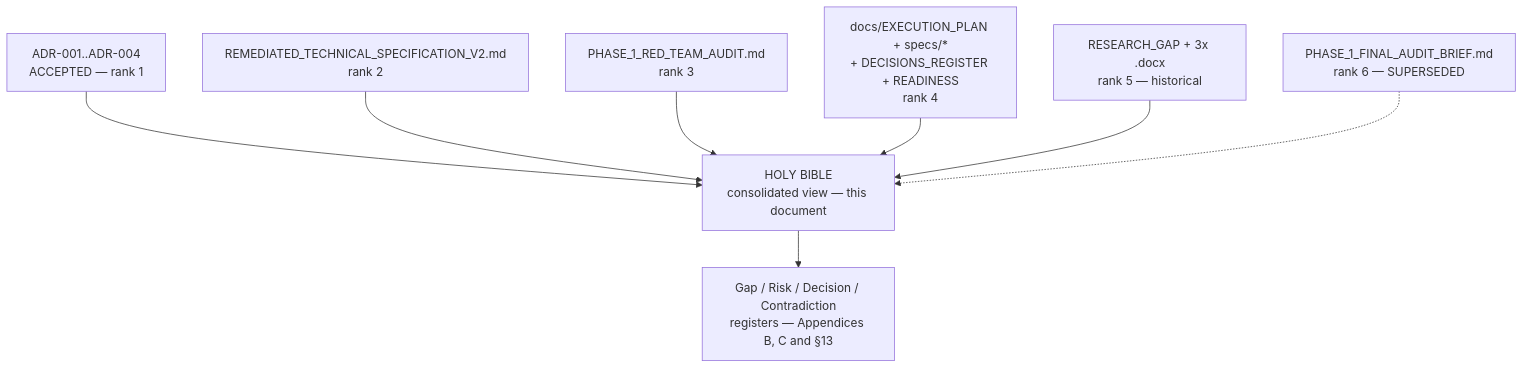
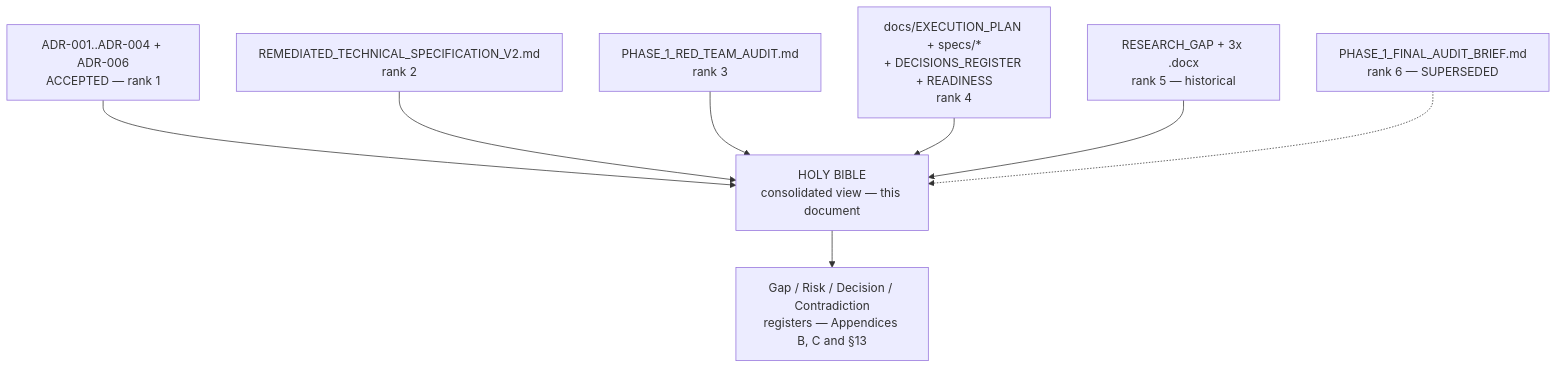
Before and after one commit to tahabehzad/Chand: the first of 8 diagrams in docs/PISH_HESABDARI_HOLY_BIBLE.md, drawn with Mermaid. The commit also changed other lines of this file and 44 other files, not shown here.

````diff
--- a/docs/PISH_HESABDARI_HOLY_BIBLE.md
+++ b/docs/PISH_HESABDARI_HOLY_BIBLE.md
@@ -298,10 +304,10 @@
 ```mermaid
 graph TD
-    A["ADR-001..ADR-004<br/>ACCEPTED — rank 1"] --> E["HOLY BIBLE<br/>consolidated view — this document"]
+    A["ADR-001..ADR-004 + ADR-006<br/>ACCEPTED — rank 1"] --> E["HOLY BIBLE<br/>consolidated view — this document"]
     B["REMEDIATED_TECHNICAL_SPECIFICATION_V2.md<br/>rank 2"] --> E
     C["PHASE_1_RED_TEAM_AUDIT.md<br/>rank 3"] --> E
     D["docs/EXECUTION_PLAN + specs/*<br/>+ DECISIONS_REGISTER + READINESS<br/>rank 4"] --> E
     F["RESEARCH_GAP + 3x .docx<br/>rank 5 — historical"] --> E
     G["PHASE_1_FINAL_AUDIT_BRIEF.md<br/>rank 6 — SUPERSEDED"] -.-> E
     E --> H["Gap / Risk / Decision / Contradiction<br/>registers — Appendices B, C and §13"]
 ```
````
